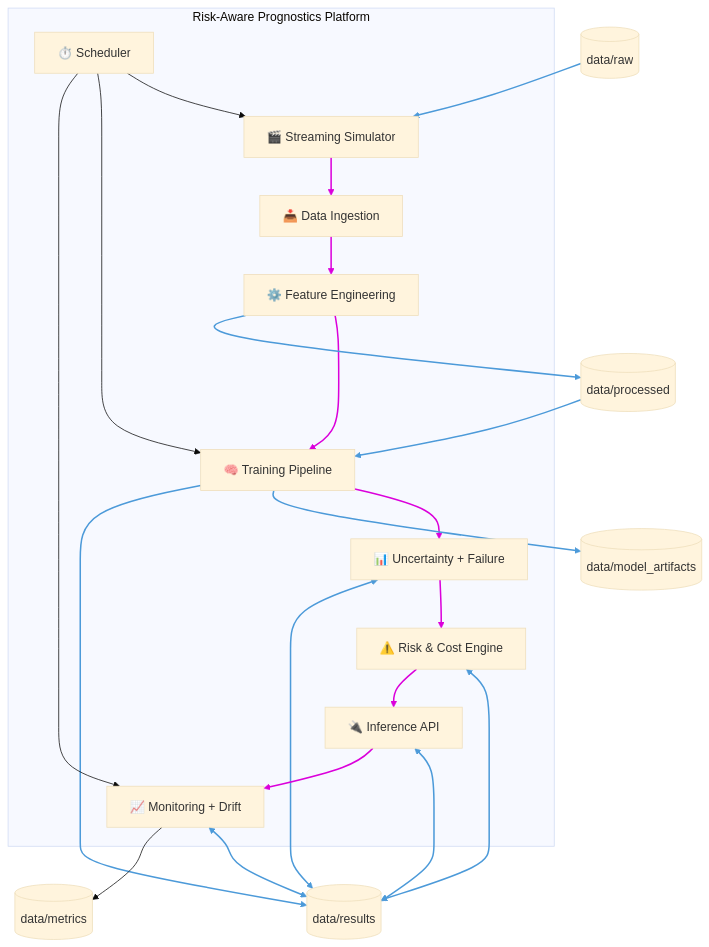
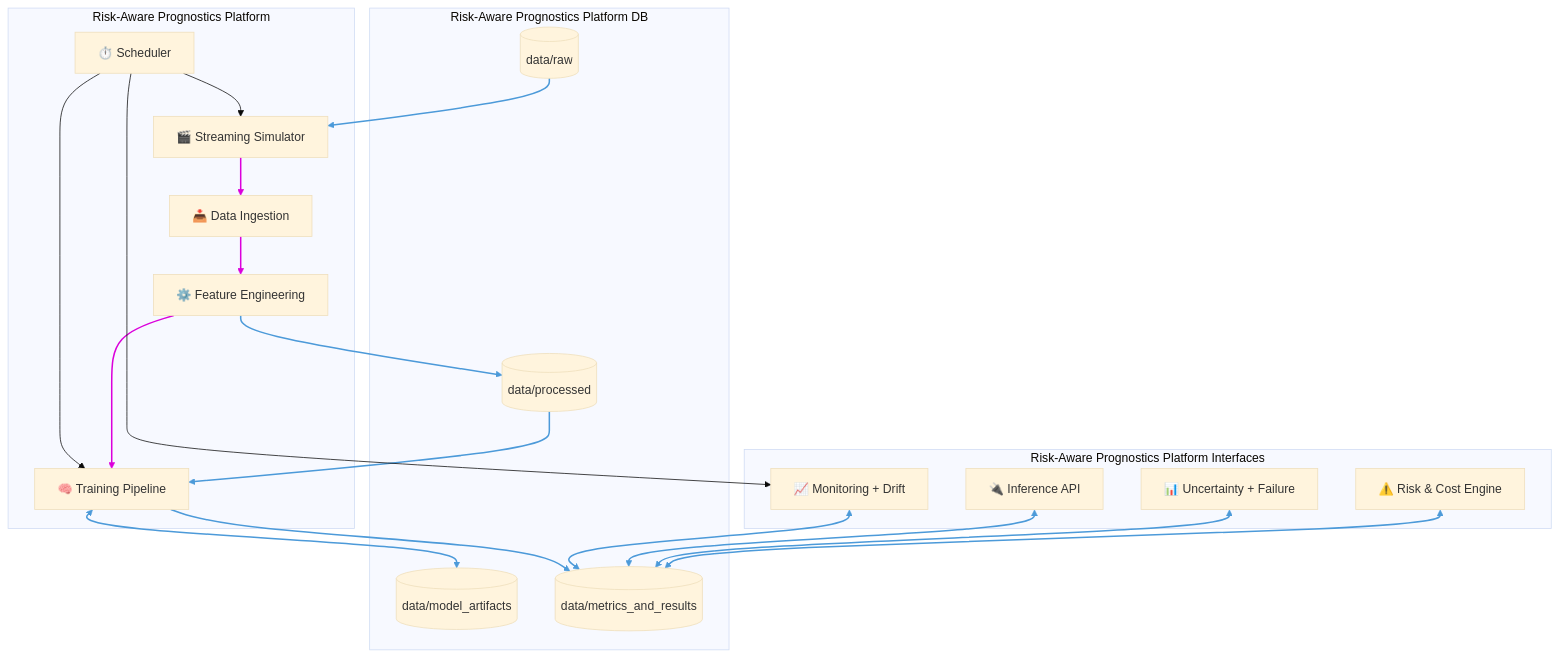
One commit to FrancescoPicazio/Risk-Aware-AI-Platform-for-Predictive-Maintenance-in-Safety-Critical-Systems changed the second of 3 diagrams in docs/ARCHITECTURE.md. Above: the diagram before and after it, drawn with Mermaid (base theme). The commit also changed other lines of this file and 8 other files, not shown here.

````diff
--- a/docs/ARCHITECTURE.md
+++ b/docs/ARCHITECTURE.md
@@ -46,45 +46,48 @@
 ```mermaid
 flowchart TB
   subgraph Platform[Risk-Aware Prognostics Platform]
     sim["🎬 Streaming Simulator"]
     ingest["📥 Data Ingestion"]
     fe["⚙️ Feature Engineering"]
     train["🧠 Training Pipeline"]
+    
+    sched["⏱️ Scheduler"]
+  end
+  
+    
+  subgraph Interfaces[Risk-Aware Prognostics Platform Interfaces]
     uq["📊 Uncertainty + Failure"]
     risk["⚠️ Risk & Cost Engine"]
     api["🔌 Inference API"]
     mon["📈 Monitoring + Drift"]
-    sched["⏱️ Scheduler"]
+  end
+  
+  subgraph Data[Risk-Aware Prognostics Platform DB]
+    raw[(data/raw)]
+    proc[(data/processed)]
+    artifacts[(data/model_artifacts)]
+    results[(data/metrics_and_results)]
   end
 
-  raw[(data/raw)]
-  proc[(data/processed)]
-  artifacts[(data/model_artifacts)]
-  metrics[(data/metrics)]
-  results[(data/results)]
 
   raw --> sim
   sim --> ingest
   ingest --> fe
   fe --> train
-  train --> uq
-  uq --> risk
+  fe --> proc
   risk <--> results
   uq <--> results
-  risk --> api
   api <--> results
-  api --> mon
   mon <--> results
-  fe --> proc
   proc --> train
-  train --> artifacts
+  train <--> artifacts
   train --> results
-  mon --> metrics
   sched --> sim
   sched --> train
   sched --> mon
 
+  linkStyle 1,2,3 stroke:#DB00DB,stroke-width:2px
+  linkStyle 0,4,5,6,7,8,9,10,11 stroke:#4C9AD9,stroke-width:2px
+
   %% Colori frecce
-  linkStyle 1,2,3,4,5,8,10 stroke:#DB00DB,stroke-width:2px
-  linkStyle 0,6,7,9,11,12,13,14,15 stroke:#4C9AD9,stroke-width:2px
 ```
````
